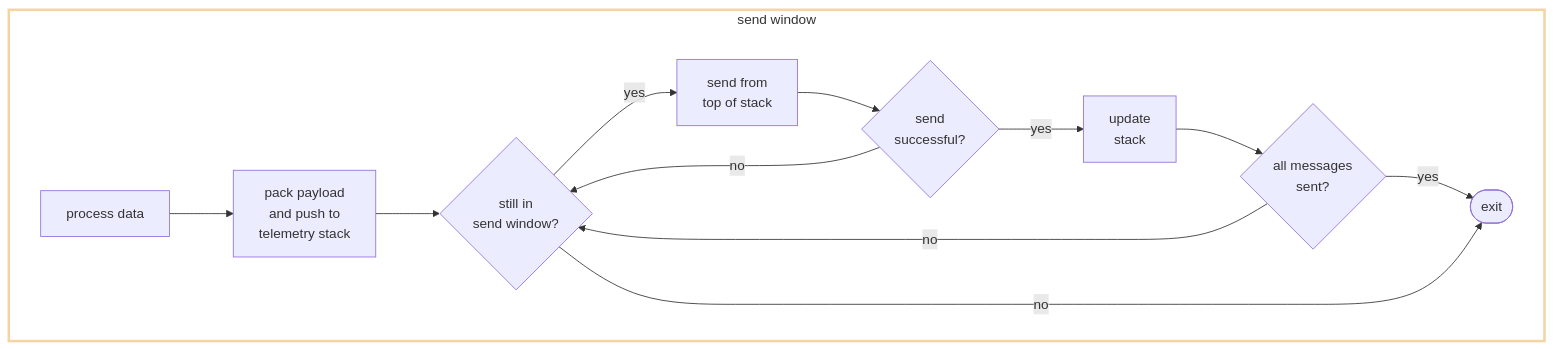
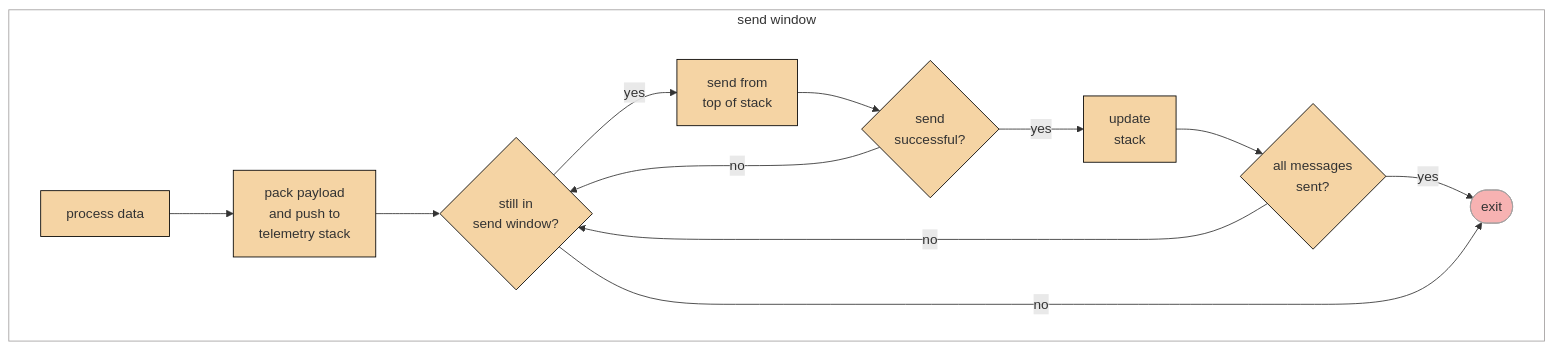
Before and after one commit to SASlabgroup/microSWIFT: the seventh of 7 diagrams in doc/Design.md, drawn with Mermaid. The commit also changed other lines of this file, not shown here.

Commit message:
finishes all flows

````diff
--- a/doc/Design.md
+++ b/doc/Design.md
@@ -194,22 +217,26 @@
 ```mermaid
 flowchart LR
     subgraph send_window["send window"]
     direction LR
     process["process data"]-->pack["pack payload<br/>and push to<br/>telemetry stack"]
             pack-->in_send{"still in<br/>send window?"}
             in_send-->|yes| send["send from<br/>top of stack"];
                 send-->send_successful{"send<br/>successful?"}
                     send_successful-->|yes| update_stack["update<br/>stack"]
                         update_stack-->all_sent{"all messages<br/>sent?"}
                         all_sent-->|yes| exit([exit])
 
                         all_sent-->|no| in_send
 
                     send_successful-->|no| in_send
 
             in_send-->|no| exit
     end
 
-    classDef orange fill:#FFFFFF,stroke:#f5d4a4,stroke-width:3px
-    class send_window orange
+    classDef orange fill:#f5d4a4,stroke:#000000,stroke-width:1px
+    classDef grey fill:#FFFFFF,stroke:#a3a0a0, stroke-width:1px
+    classDef red fill:#f7b2b2, stroke:#a3a0a0, stroke-width:1px
+    class send_window grey
+    class process,pack,in_send,send,update_stack,all_sent,send_successful orange
+    class exit red
 ```
````
